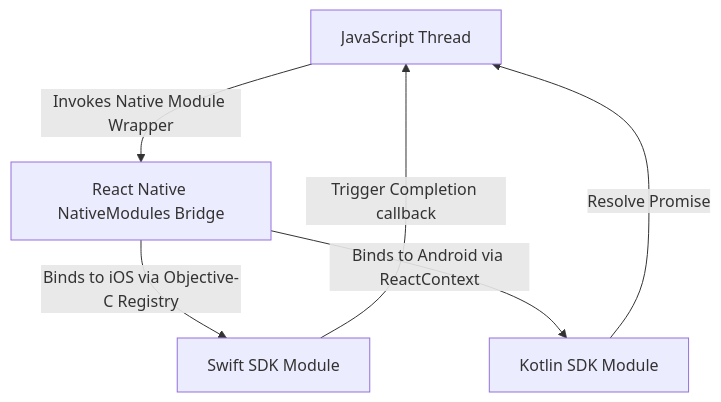
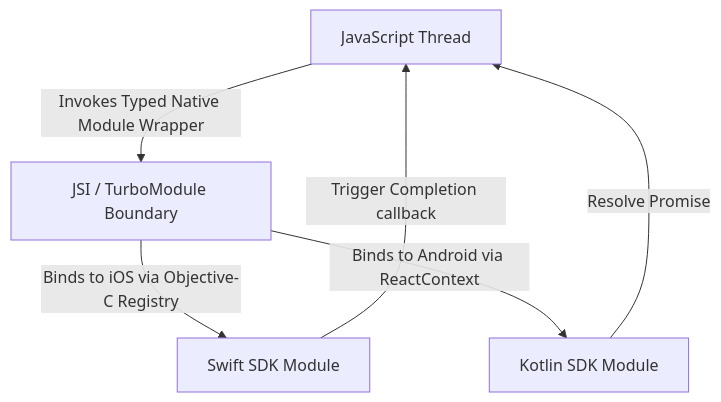
One commit to Rajeev02/Rajeev02.github.io changed the diagram in src/prepration/topic-wise/08-React-Native-Projects/theory.md. Above: the diagram before and after it, drawn with Mermaid. The commit also changed other lines of this file and 9 other files, not shown here.

````diff
--- a/src/prepration/topic-wise/08-React-Native-Projects/theory.md
+++ b/src/prepration/topic-wise/08-React-Native-Projects/theory.md
@@ -484,8 +484,8 @@
 ```mermaid
 graph TD
-    A[JavaScript Thread] -->|Invokes Native Module Wrapper| B[React Native NativeModules Bridge]
+    A[JavaScript Thread] -->|Invokes Typed Native Module Wrapper| B[JSI / TurboModule Boundary]
     B -->|Binds to iOS via Objective-C Registry| C[Swift SDK Module]
     B -->|Binds to Android via ReactContext| D[Kotlin SDK Module]
     C -->|Trigger Completion callback| A
     D -->|Resolve Promise| A
 ```
````
